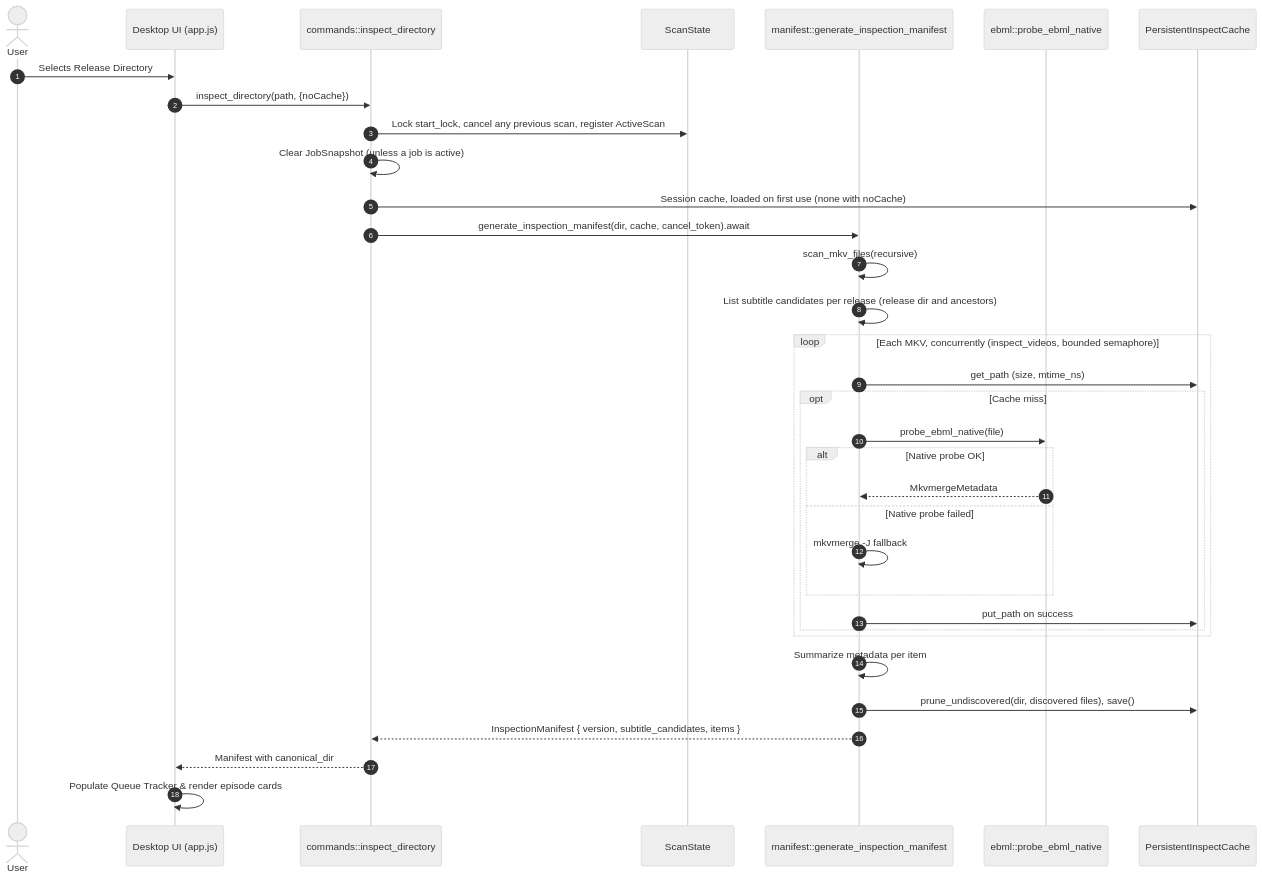
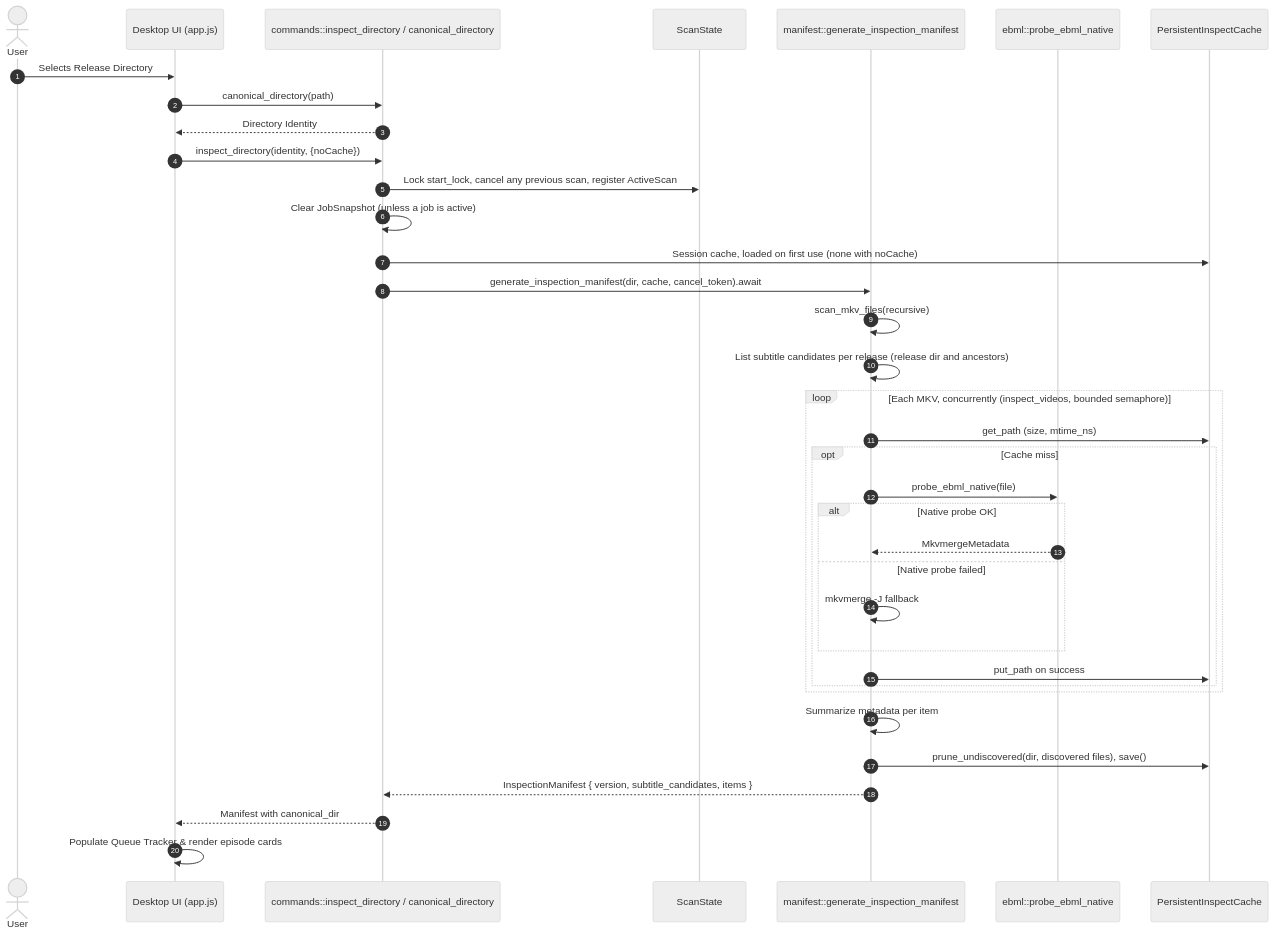
Before and after one commit to Si-Forces/mkvanimebatch: the seventh of 8 diagrams in architecture.md, drawn with Mermaid (neutral theme). The commit also changed other lines of this file and 12 other files, not shown here.

First line of the commit message:
refactor(desktop): the Engine Bridge owns Directory Identity; the UI compares with === (#72)

````diff
--- a/architecture.md
+++ b/architecture.md
@@ -592,37 +594,39 @@
 ```mermaid
 sequenceDiagram
     autonumber
     actor User
     participant UI as Desktop UI (app.js)
-    participant Cmd as commands::inspect_directory
+    participant Cmd as commands::inspect_directory / canonical_directory
     participant Scan as ScanState
     participant Core as manifest::generate_inspection_manifest
     participant EBML as ebml::probe_ebml_native
     participant Cache as PersistentInspectCache
 
     User->>UI: Selects Release Directory
-    UI->>Cmd: inspect_directory(path, {noCache})
+    UI->>Cmd: canonical_directory(path)
+    Cmd-->>UI: Directory Identity
+    UI->>Cmd: inspect_directory(identity, {noCache})
     Cmd->>Scan: Lock start_lock, cancel any previous scan, register ActiveScan
     Cmd->>Cmd: Clear JobSnapshot (unless a job is active)
     Cmd->>Cache: Session cache, loaded on first use (none with noCache)
     Cmd->>Core: generate_inspection_manifest(dir, cache, cancel_token).await
     Core->>Core: scan_mkv_files(recursive)
     Core->>Core: List subtitle candidates per release (release dir and ancestors)
     loop Each MKV, concurrently (inspect_videos, bounded semaphore)
         Core->>Cache: get_path (size, mtime_ns)
         opt Cache miss
             Core->>EBML: probe_ebml_native(file)
             alt Native probe OK
                 EBML-->>Core: MkvmergeMetadata
             else Native probe failed
                 Core->>Core: mkvmerge -J fallback
             end
             Core->>Cache: put_path on success
         end
     end
     Core->>Core: Summarize metadata per item
     Core->>Cache: prune_undiscovered(dir, discovered files), save()
     Core-->>Cmd: InspectionManifest { version, subtitle_candidates, items }
     Cmd-->>UI: Manifest with canonical_dir
     UI->>UI: Populate Queue Tracker & render episode cards
 ```
````
